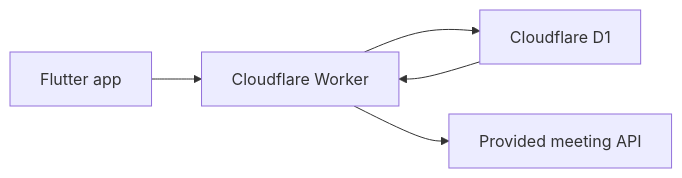
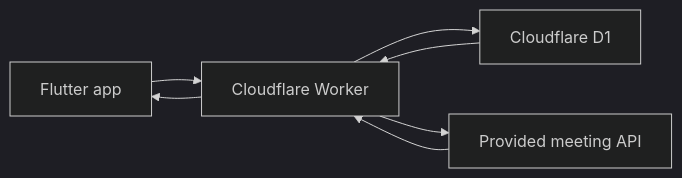
Before and after one commit to maharudraabhishek/chime_meeting_demo: the first of 3 diagrams in docs/SETUP_AND_RUN.md, drawn with Mermaid. The commit also changed other lines of this file and 6 other files, not shown here.

````diff
--- a/docs/SETUP_AND_RUN.md
+++ b/docs/SETUP_AND_RUN.md
@@ -29,7 +30,10 @@
 ```mermaid
-flowchart LR
-    A[Flutter app] --> B[Cloudflare Worker]
-    B --> C[Cloudflare D1]
-    C --> B
-    B --> D[Provided meeting API]
+%%{init: {"theme":"dark","darkMode":true}}%%
+graph LR;
+    A[Flutter app] --> B[Cloudflare Worker];
+    B --> C[Cloudflare D1];
+    C --> B;
+    B --> D[Provided meeting API];
+    D --> B;
+    B --> A;
 ```
````
